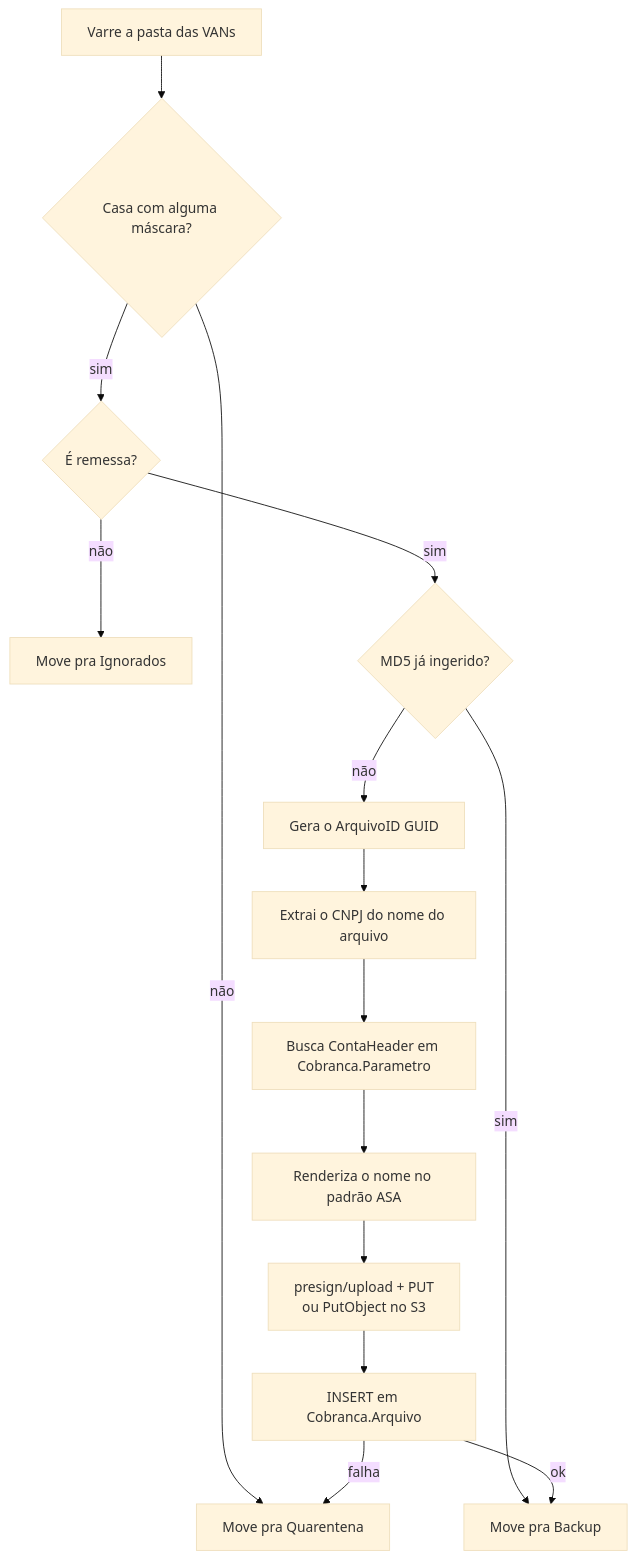
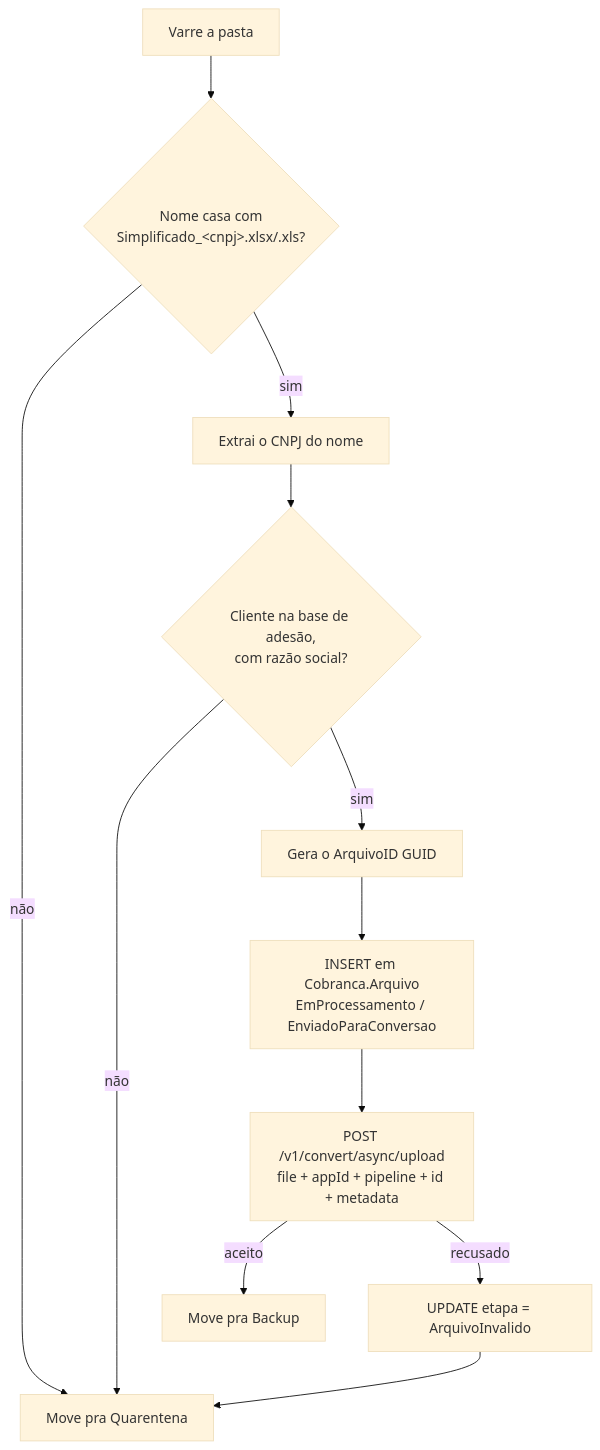
One commit to danielbfr3/arquivo-retorno-worker changed the diagram in docs/regras-de-negocio.md. Above: the diagram before and after it, drawn with Mermaid (base theme). The commit also changed other lines of this file and 100 other files, not shown here.

````diff
--- a/docs/regras-de-negocio.md
+++ b/docs/regras-de-negocio.md
@@ -24,17 +23,13 @@
 ```mermaid
 flowchart TD
-    A[Varre a pasta das VANs] --> B{Casa com alguma máscara?}
+    A[Varre a pasta] --> B{Nome casa com<br/>Simplificado_&lt;cnpj&gt;.xlsx/.xls?}
     B -- não --> Q[Move pra Quarentena]
-    B -- sim --> C{É remessa?}
-    C -- não --> I[Move pra Ignorados]
-    C -- sim --> M{MD5 já ingerido?}
-    M -- sim --> K
-    M -- não --> D[Gera o ArquivoID GUID]
-    D --> E[Extrai o CNPJ do nome do arquivo]
-    E --> F[Busca ContaHeader em Cobranca.Parametro]
-    F --> G[Renderiza o nome no padrão ASA]
-    G --> H[presign/upload + PUT<br/>ou PutObject no S3]
-    H --> J[INSERT em Cobranca.Arquivo]
-    J -- ok --> K[Move pra Backup]
-    J -- falha --> Q
+    B -- sim --> C[Extrai o CNPJ do nome]
+    C --> D{Cliente na base de adesão,<br/>com razão social?}
+    D -- não --> Q
+    D -- sim --> E[Gera o ArquivoID GUID]
+    E --> F[INSERT em Cobranca.Arquivo<br/>EmProcessamento / EnviadoParaConversao]
+    F --> G[POST /v1/convert/async/upload<br/>file + appId + pipeline + id + metadata]
+    G -- aceito --> H[Move pra Backup]
+    G -- recusado --> I[UPDATE etapa = ArquivoInvalido] --> Q
 ```
````
